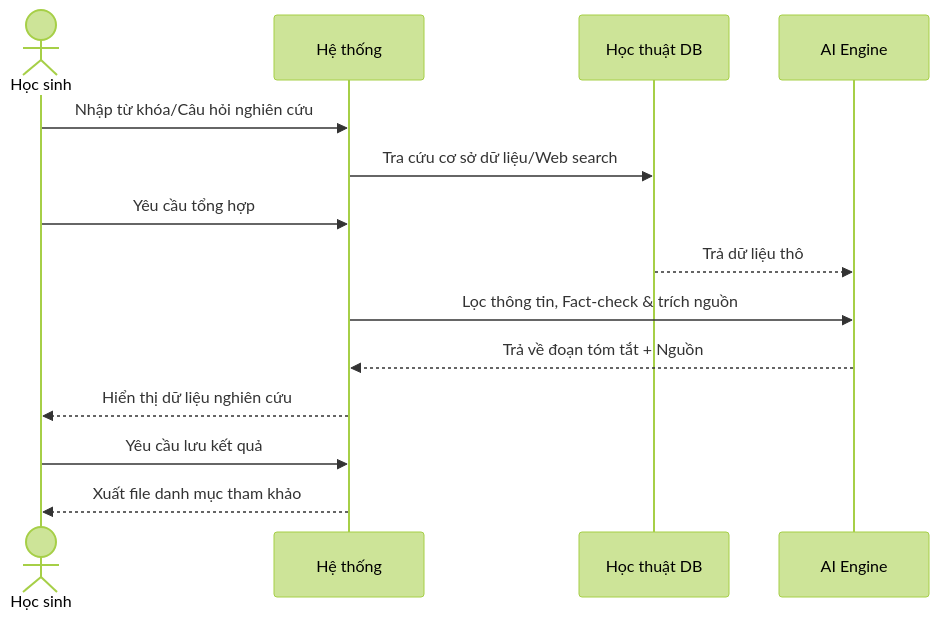
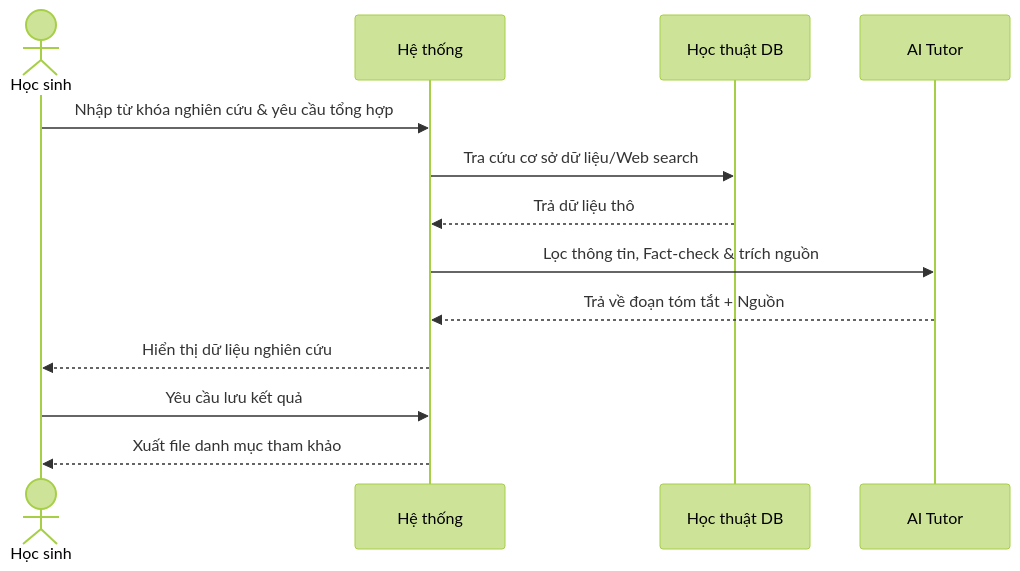
Before and after one commit to Cong-ty-TNNH-Q-Tech/Q-School: the fifth of 8 diagrams in docs/usecase/nhom_5_magicstudent.md, drawn with Mermaid (forest theme). The commit also changed other lines of this file and 4 other files, not shown here.

Commit message:
docs(usecase): standardize all tables and sequence diagrams, fix temporal logic and AI roles

````diff
--- a/docs/usecase/nhom_5_magicstudent.md
+++ b/docs/usecase/nhom_5_magicstudent.md
@@ -159,17 +137,16 @@
 ```mermaid
 sequenceDiagram
     actor HS as Học sinh
     participant HT as Hệ thống
     participant DB as Học thuật DB
-    participant AI as AI Engine
+    participant AI as AI Tutor
 
-    HS->>HT: Nhập từ khóa/Câu hỏi nghiên cứu
+    HS->>HT: Nhập từ khóa nghiên cứu & yêu cầu tổng hợp
     HT->>DB: Tra cứu cơ sở dữ liệu/Web search
-    HS->>HT: Yêu cầu tổng hợp
-    DB-->>AI: Trả dữ liệu thô
+    DB-->>HT: Trả dữ liệu thô
     HT->>AI: Lọc thông tin, Fact-check & trích nguồn
     AI-->>HT: Trả về đoạn tóm tắt + Nguồn
     HT-->>HS: Hiển thị dữ liệu nghiên cứu
     HS->>HT: Yêu cầu lưu kết quả
     HT-->>HS: Xuất file danh mục tham khảo
 ```
````
